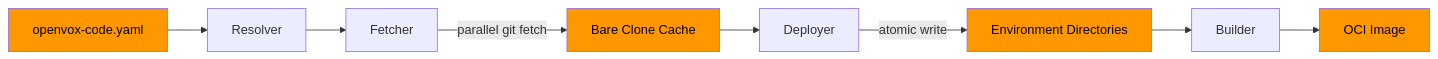
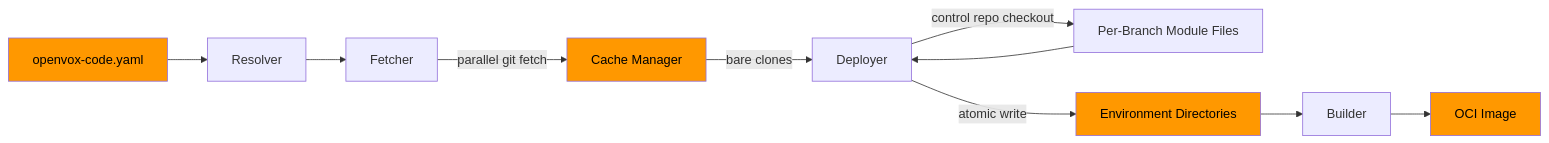
The diagram in docs/concepts/architecture.md (slauger/openvox-code), drawn with Mermaid before and after one commit. The commit also changed other lines of this file and 5 other files, not shown here.

````diff
--- a/docs/concepts/architecture.md
+++ b/docs/concepts/architecture.md
@@ -72,15 +90,17 @@
 ```mermaid
 graph LR
     A[openvox-code.yaml] --> B[Resolver]
     B --> C[Fetcher]
-    C -->|parallel git fetch| D[Bare Clone Cache]
-    D --> E[Deployer]
-    E -->|atomic write| F[Environment Directories]
-    F --> G[Builder]
-    G --> H[OCI Image]
+    C -->|parallel git fetch| D[Cache Manager]
+    D -->|bare clones| E[Deployer]
+    E -->|control repo checkout| F[Per-Branch Module Files]
+    F --> E
+    E -->|atomic write| G[Environment Directories]
+    G --> H[Builder]
+    H --> I[OCI Image]
 
     style A fill:#ff9800,color:#000
     style D fill:#ff9800,color:#000
-    style F fill:#ff9800,color:#000
-    style H fill:#ff9800,color:#000
+    style G fill:#ff9800,color:#000
+    style I fill:#ff9800,color:#000
 ```
````
